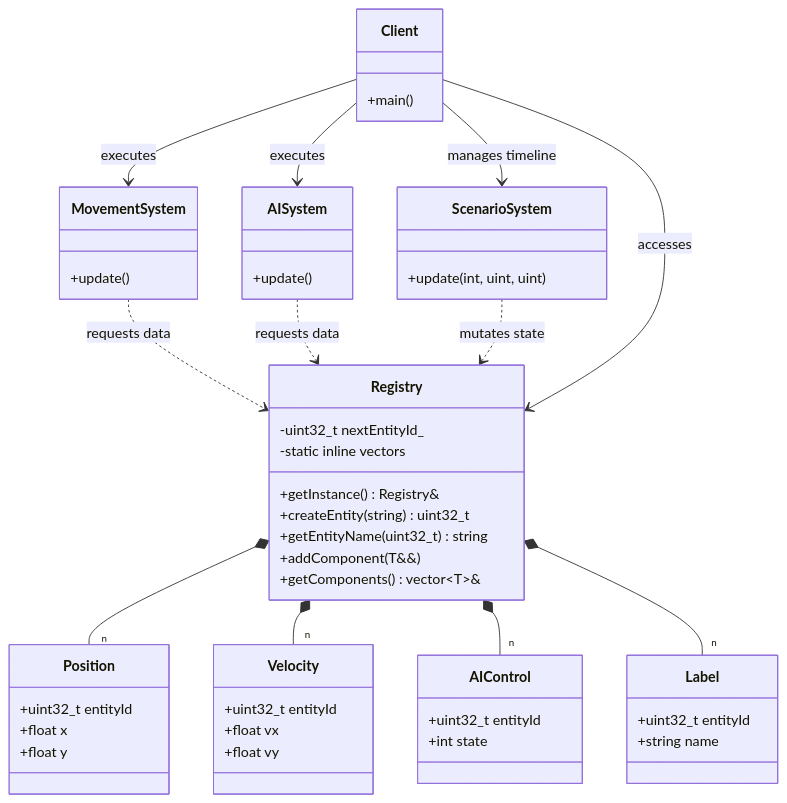
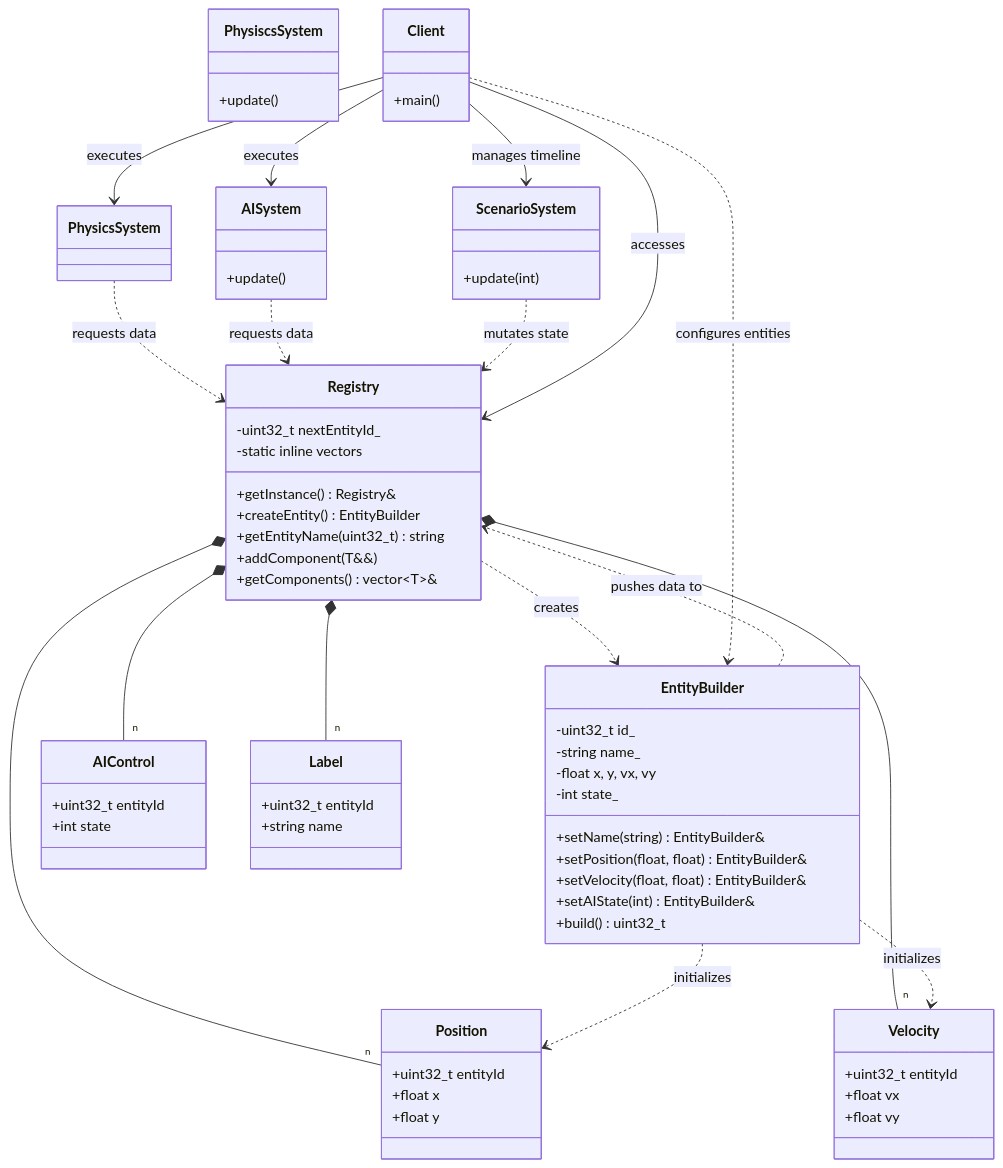
Before and after one commit to MarioGalindoQ/Modern-CPP-Design-Patterns: the diagram in 36_ComponentRegistry_DOD/README.md, drawn with Mermaid. The commit also changed other lines of this file and 4 other files, not shown here.

````diff
--- a/36_ComponentRegistry_DOD/README.md
+++ b/36_ComponentRegistry_DOD/README.md
@@ -77,10 +79,22 @@
       -uint32_t nextEntityId_
       -static inline vectors
       +getInstance() Registry&
-      +createEntity(string) uint32_t
+      +createEntity() EntityBuilder
       +getEntityName(uint32_t) string
       +addComponent(T&&)
       +getComponents() vector~T~&
+   }
+
+   class EntityBuilder {
+      -uint32_t id_
+      -string name_
+      -float x, y, vx, vy
+      -int state_
+      +setName(string) EntityBuilder&
+      +setPosition(float, float) EntityBuilder&
+      +setVelocity(float, float) EntityBuilder&
+      +setAIState(int) EntityBuilder&
+      +build() uint32_t
    }
 
    class Position {
@@ -105,7 +119,7 @@
       +string name
    }
 
-   class MovementSystem {
+   class PhysiscsSystem {
       +update()
    }
 
@@ -114,7 +128,7 @@
    }
 
    class ScenarioSystem {
-      +update(int, uint, uint)
+      +update(int)
    }
 
    class Client {
@@ -127,14 +141,21 @@
    Registry *-- "n" AIControl
    Registry *-- "n" Label
 
+   %% The Builder is the factory for aligned entities
+   Registry ..> EntityBuilder : creates
+   EntityBuilder ..> Registry : pushes data to
+   EntityBuilder ..> Position : initializes
+   EntityBuilder ..> Velocity : initializes
+
    %% Systems use the Registry to access or mutate data
-   MovementSystem ..> Registry : requests data
+   PhysicsSystem ..> Registry : requests data
    AISystem ..> Registry : requests data
    ScenarioSystem ..> Registry : mutates state
 
    %% Client orchestrates the simulation
    Client --> Registry : accesses
-   Client --> MovementSystem : executes
+   Client ..> EntityBuilder : configures entities
+   Client --> PhysicsSystem : executes
    Client --> AISystem : executes
    Client --> ScenarioSystem : manages timeline
 ```
````
